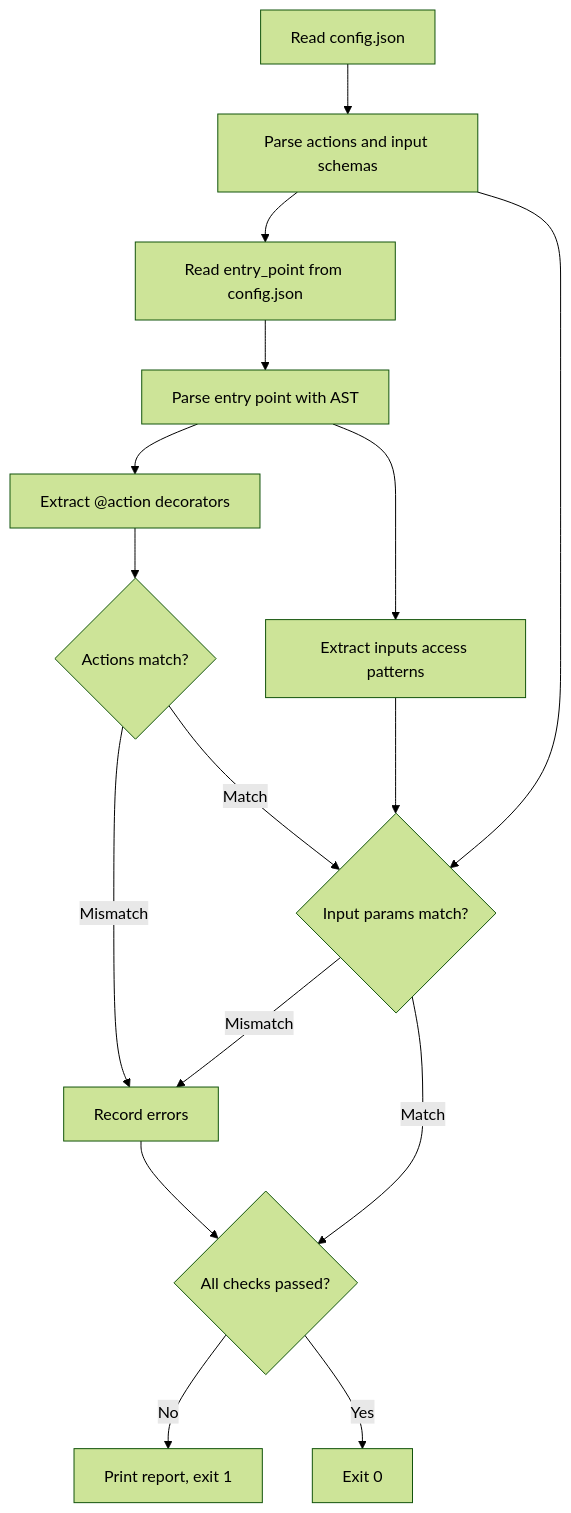
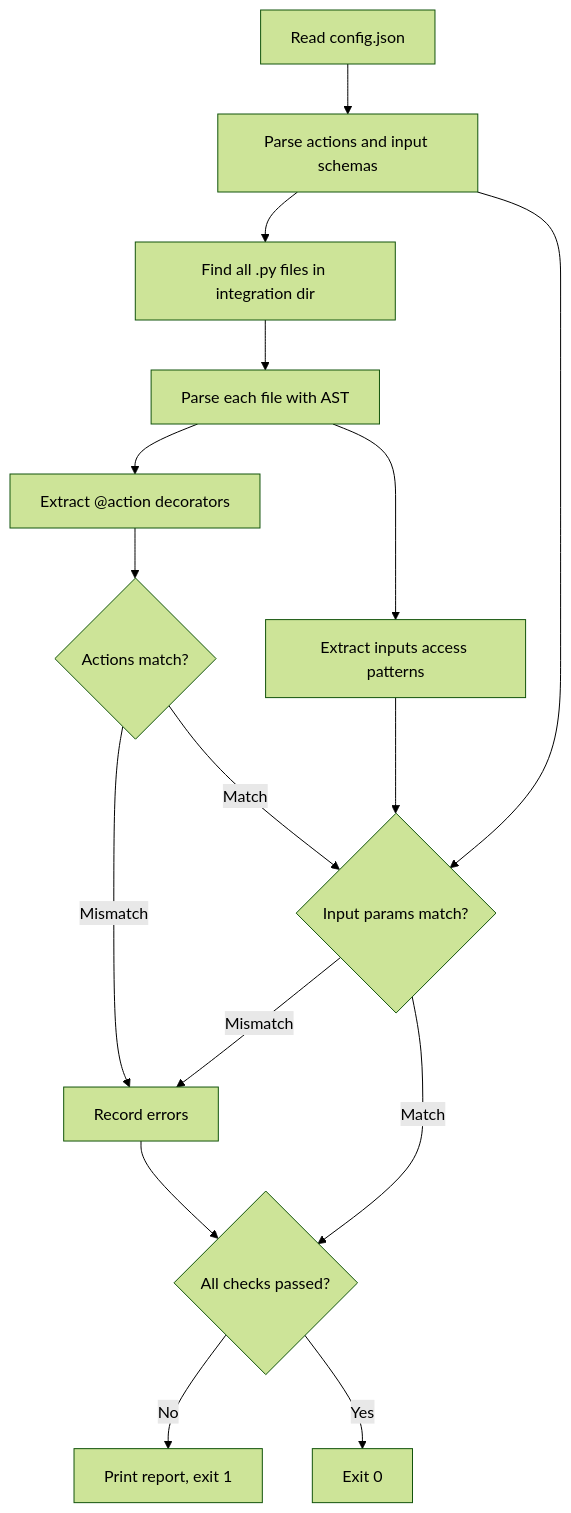
One commit to Autohive-AI/autohive-integrations-tooling changed the diagram in scripts/docs/check_config_sync.md. Above: the diagram before and after it, drawn with Mermaid (forest theme). The commit also changed other lines of this file and 18 other files, not shown here.

````diff
--- a/scripts/docs/check_config_sync.md
+++ b/scripts/docs/check_config_sync.md
@@ -64,18 +64,18 @@
 ```mermaid
 flowchart TD
     A[Read config.json] --> B[Parse actions and input schemas]
-    B --> C[Read entry_point from config.json]
-    C --> D[Parse entry point with AST]
+    B --> C[Find all .py files in integration dir]
+    C --> D[Parse each file with AST]
     D --> E[Extract @action decorators]
     D --> F[Extract inputs access patterns]
     E --> G{Actions match?}
     G -->|Mismatch| H[Record errors]
     G -->|Match| I{Input params match?}
     F --> I
     B --> I
     I -->|Mismatch| H
     I -->|Match| J{All checks passed?}
     H --> J
     J -->|No| K[Print report, exit 1]
     J -->|Yes| L[Exit 0]
 ```
````
